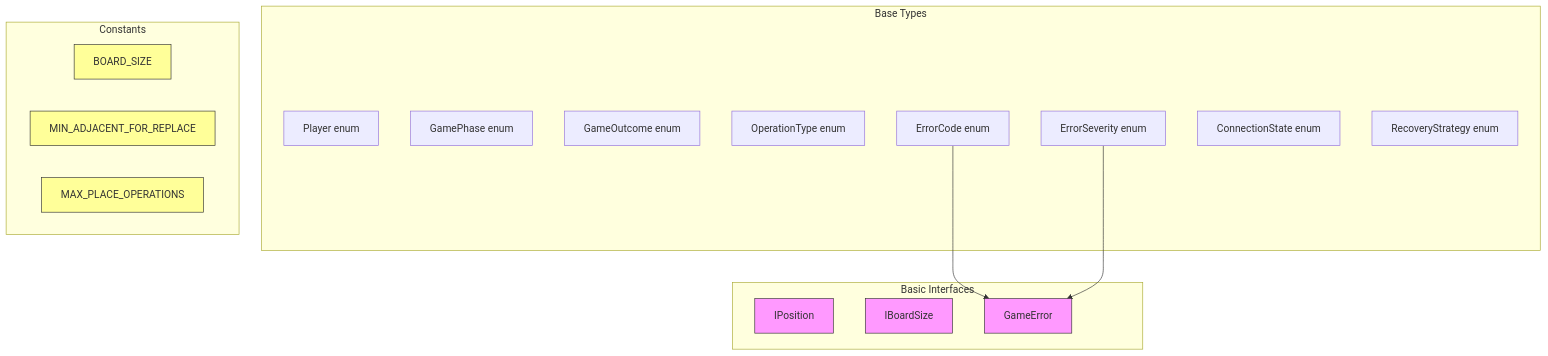
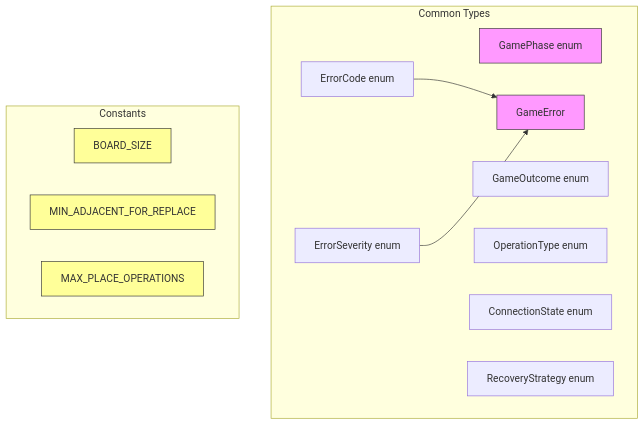
The third of 9 diagrams in docs/TYPE_DEPENDENCIES.md (vcb88/ctorgame), drawn with Mermaid before and after one commit. The commit also changed other lines of this file, not shown here.

````diff
--- a/docs/TYPE_DEPENDENCIES.md
+++ b/docs/TYPE_DEPENDENCIES.md
@@ -30,34 +119,27 @@
 ```mermaid
 graph TD
-    subgraph Base Types
-        Player[Player enum]
+    subgraph Common Types
         GamePhase[GamePhase enum]
         GameOutcome[GameOutcome enum]
         OperationType[OperationType enum]
         ErrorCode[ErrorCode enum]
         ErrorSeverity[ErrorSeverity enum]
         ConnectionState[ConnectionState enum]
         RecoveryStrategy[RecoveryStrategy enum]
-    end
-
-    subgraph Basic Interfaces
-        IPosition[IPosition]
-        IBoardSize[IBoardSize]
         GameError[GameError]
-        style IPosition fill:#f9f,stroke:#333
-        style IBoardSize fill:#f9f,stroke:#333
+        style GamePhase fill:#f9f,stroke:#333
         style GameError fill:#f9f,stroke:#333
     end
 
     subgraph Constants
         BOARD_SIZE[BOARD_SIZE]
         MIN_ADJACENT[MIN_ADJACENT_FOR_REPLACE]
         MAX_PLACE_OPS[MAX_PLACE_OPERATIONS]
         style BOARD_SIZE fill:#ff9,stroke:#333
         style MIN_ADJACENT fill:#ff9,stroke:#333
         style MAX_PLACE_OPS fill:#ff9,stroke:#333
     end
 
     ErrorCode --> GameError
     ErrorSeverity --> GameError
 ```
````
